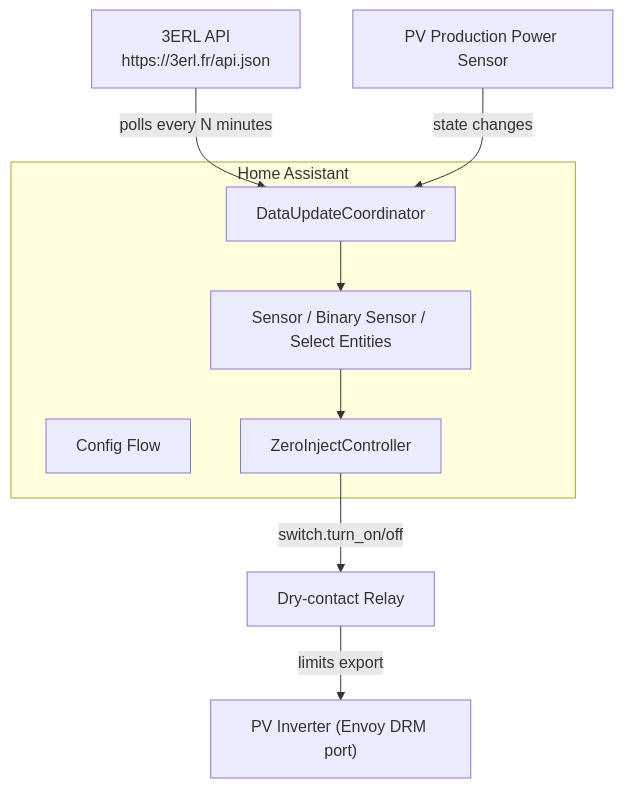
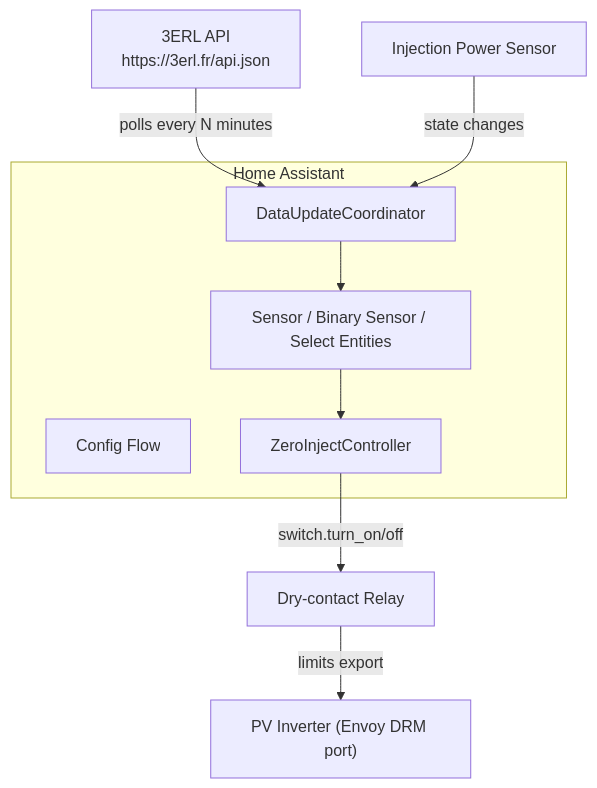
Before and after one commit to gounick/ha-zero-inject-3erl: the second of 6 diagrams in WORKFLOW.md, drawn with Mermaid. The commit also changed other lines of this file and 19 other files, not shown here.

````diff
--- a/WORKFLOW.md
+++ b/WORKFLOW.md
@@ -7,21 +22,21 @@
 ```mermaid
 flowchart TB
     subgraph HA["Home Assistant"]
         CF["Config Flow"]
         COORD["DataUpdateCoordinator"]
         CTRL["ZeroInjectController"]
         SENS["Sensor / Binary Sensor / Select Entities"]
     end
 
     API["3ERL API<br/>https://3erl.fr/api.json"]
     RELAY["Dry-contact Relay"]
     INVERTER["PV Inverter (Envoy DRM port)"]
-    PV_POWER["PV Production Power Sensor"]
+    PV_POWER["Injection Power Sensor"]
 
     API -->|polls every N minutes| COORD
     PV_POWER -->|state changes| COORD
     COORD --> SENS
     SENS --> CTRL
     CTRL -->|switch.turn_on/off| RELAY
     RELAY -->|limits export| INVERTER
 ```
````
